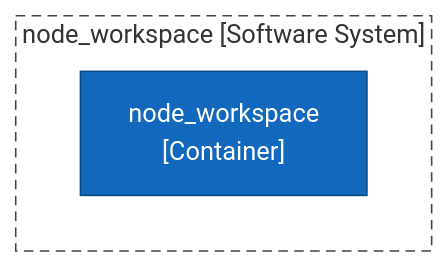
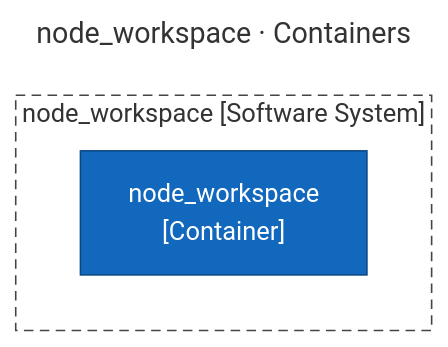
One commit to ythalorossy/architecture-skills changed the first of 3 diagrams in tests/golden/node_workspace/output/ArchitectureReport.md. Above: the diagram before and after it, drawn with Mermaid. The commit also changed other lines of this file and 56 other files, not shown here.

First line of the commit message:
feat(c4): title every diagram and add one Key to the report

````diff
--- a/tests/golden/node_workspace/output/ArchitectureReport.md
+++ b/tests/golden/node_workspace/output/ArchitectureReport.md
@@ -27,14 +38,17 @@
 ```mermaid
+---
+title: "node_workspace · Containers"
+---
 flowchart TB
     subgraph boundary["node_workspace [Software System]"]
         node_workspace["node_workspace<br/>[Container]"]
     end
     classDef person fill:#08427b,stroke:#052e56,color:#ffffff
     classDef container fill:#1168bd,stroke:#0b4884,color:#ffffff
     classDef system fill:#1168bd,stroke:#0b4884,color:#ffffff
     classDef component fill:#85bbf0,stroke:#5d82a8,color:#000000
     classDef external fill:#999999,stroke:#6b6b6b,color:#ffffff
     classDef shared fill:#dbe9f6,stroke:#5d82a8,color:#000000,stroke-dasharray:4 3
     class node_workspace container
     style boundary fill:none,stroke:#444444,stroke-dasharray:6 4
 ```
````
